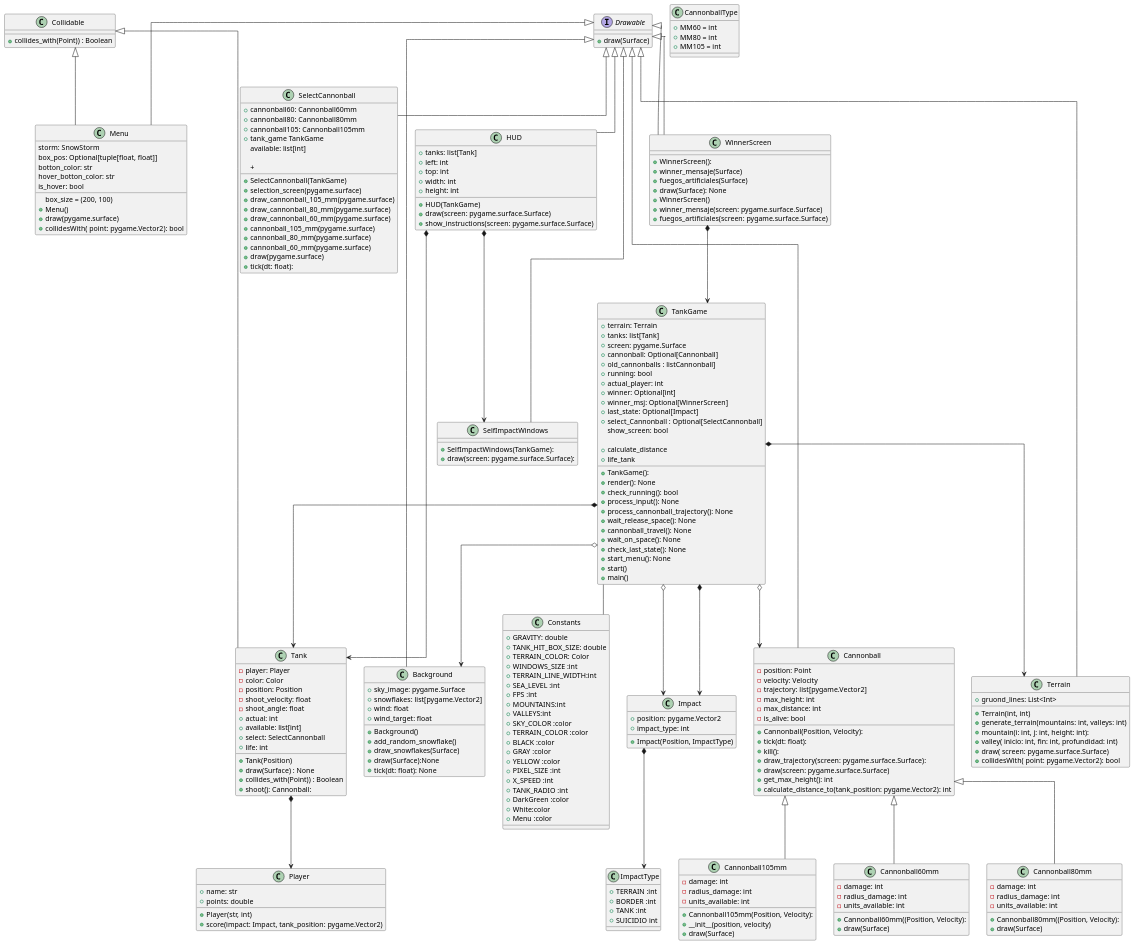
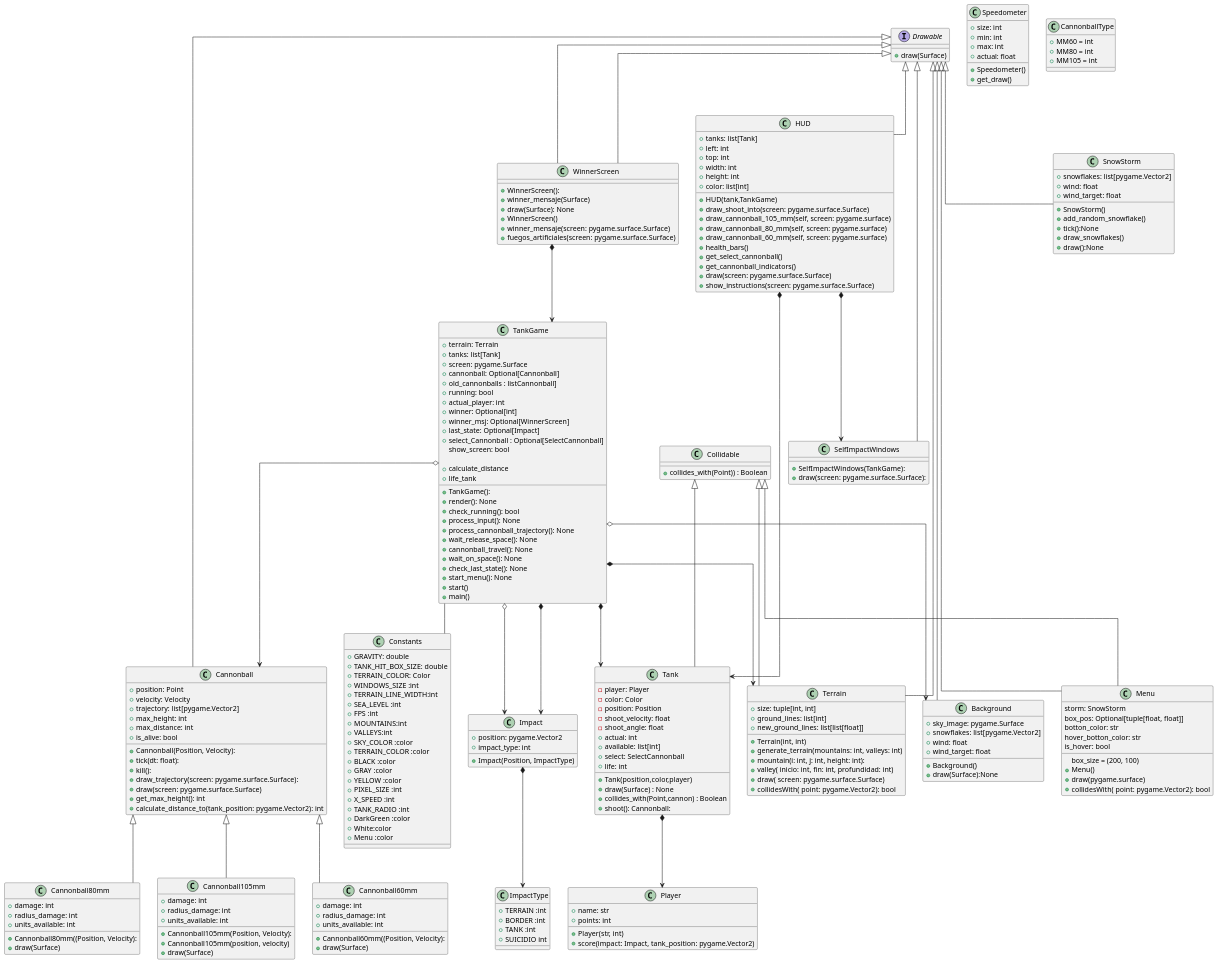
Before and after one commit to fraco-oxza/tankGame: the diagram in uml/entire.plantuml, drawn with PlantUML.

Commit message:
Actualizando el diagrama de clases

```diff
--- a/uml/entire.plantuml
+++ b/uml/entire.plantuml
@@ -35,12 +35,12 @@
 }
 
 class Cannonball extends Drawable {
-    - position: Point
-    - velocity: Velocity
-    - trajectory: list[pygame.Vector2]
-    - max_height: int
-    - max_distance: int
-    - is_alive: bool
+    + position: Point
+    + velocity: Velocity
+    + trajectory: list[pygame.Vector2]
+    + max_height: int
+    + max_distance: int
+    + is_alive: bool
 
     +Cannonball(Position, Velocity):
     +tick(dt: float):
@@ -52,24 +52,24 @@
 }
 class Cannonball105mm extends Cannonball{
     +Cannonball105mm(Position, Velocity):
-    -damage: int
-    - radius_damage: int
-    - units_available: int
-    +__init__(position, velocity)
+    + damage: int
+    + radius_damage: int
+    + units_available: int
+    +Cannonball105mm(position, velocity)
     +draw(Surface)
 }
 class Cannonball60mm extends Cannonball{
     +Cannonball60mm((Position, Velocity):
-    - damage: int
-    - radius_damage: int
-    - units_available: int
+    + damage: int
+    + radius_damage: int
+    + units_available: int
     +draw(Surface)
 }
  class Cannonball80mm extends Cannonball{
     +Cannonball80mm((Position, Velocity):
-    - damage: int
-    - radius_damage: int
-    - units_available: int
+    + damage: int
+    + radius_damage: int
+    + units_available: int
     +draw(Surface)
 }
 interface Drawable {
@@ -81,27 +81,45 @@
     + top: int
     + width: int
     + height: int
- + HUD(TankGame)
+    + color: list[int]
+ +HUD(tank,TankGame)
+ +draw_shoot_into(screen: pygame.surface.Surface)
+ + draw_cannonball_105_mm(self, screen: pygame.surface)
+ + draw_cannonball_80_mm(self, screen: pygame.surface)
+ + draw_cannonball_60_mm(self, screen: pygame.surface)
+ +health_bars()
+ +get_select_cannonball()
+ +get_cannonball_indicators()
  +draw(screen: pygame.surface.Surface)
  +show_instructions(screen: pygame.surface.Surface)
 
  }
 class WinnerScreen extends Drawable{
-    + WinnerScreen():
+    +WinnerScreen():
     +winner_mensaje(Surface)
-    +fuegos_artificiales(Surface)
     +draw(Surface): None
 }
 
-class Terrain extends Drawable {
-    +gruond_lines: List<Int>
+class Terrain extends Drawable,Collidable {
+    +size: tuple[int, int]
+    +ground_lines: list[int]
+    +new_ground_lines: list[list[float]]
+
 
     +Terrain(int, int)
-    + generate_terrain(mountains: int, valleys: int)
+    +generate_terrain(mountains: int, valleys: int)
     +mountain(i: int, j: int, height: int):
     +valley( inicio: int, fin: int, profundidad: int)
     +draw( screen: pygame.surface.Surface)
     +collidesWith( point: pygame.Vector2): bool
+}
+class Speedometer{
+    +size: int
+    +min: int
+    +max: int
+    +actual: float
+    +Speedometer()
+    +get_draw()
 }
 class Collidable {
  +collides_with(Point)) : Boolean
@@ -114,10 +132,7 @@
     +wind_target: float
 
     + Background()
-    + add_random_snowflake()
-    + draw_snowflakes(Surface)
     + draw(Surface):None
-    +tick(dt: float): None
 
 }
 class Tank extends Collidable  {
@@ -132,15 +147,15 @@
     +life: int
 
 
-    +Tank(Position)
+    +Tank(position,color,player)
     +draw(Surface) : None
-    +collides_with(Point)) : Boolean
+    +collides_with(Point,cannon) : Boolean
     +shoot(): Cannonball:
 }
 
 class Player {
     +name: str
-    + points: double
+    +points: int
     +Player(str, int)
     +score(impact: Impact, tank_position: pygame.Vector2)
 
@@ -200,24 +215,15 @@
     + SelfImpactWindows(TankGame):
     + draw(screen: pygame.surface.Surface):
 }
-class SelectCannonball extends Drawable {
-    +cannonball60: Cannonball60mm
-    +cannonball80: Cannonball80mm
-    +cannonball105: Cannonball105mm
-    +tank_game TankGame
-    available: list[int]
-
-    + SelectCannonball(TankGame)
-    + selection_screen(pygame.surface)
-    +draw_cannonball_105_mm(pygame.surface)
-    +draw_cannonball_80_mm(pygame.surface)
-    +draw_cannonball_60_mm(pygame.surface)
-    +cannonball_105_mm(pygame.surface)
-    +cannonball_80_mm(pygame.surface)
-    +cannonball_60_mm(pygame.surface)
-    +draw(pygame.surface)
-    +tick(dt: float):
-    +
+class SnowStorm extends Drawable{
+    +snowflakes: list[pygame.Vector2]
+    +wind: float
+    +wind_target: float
+    +SnowStorm()
+    +add_random_snowflake()
+    +tick():None
+    +draw_snowflakes()
+    +draw():None
 }
 
 class Menu extends Drawable, Collidable{
```
